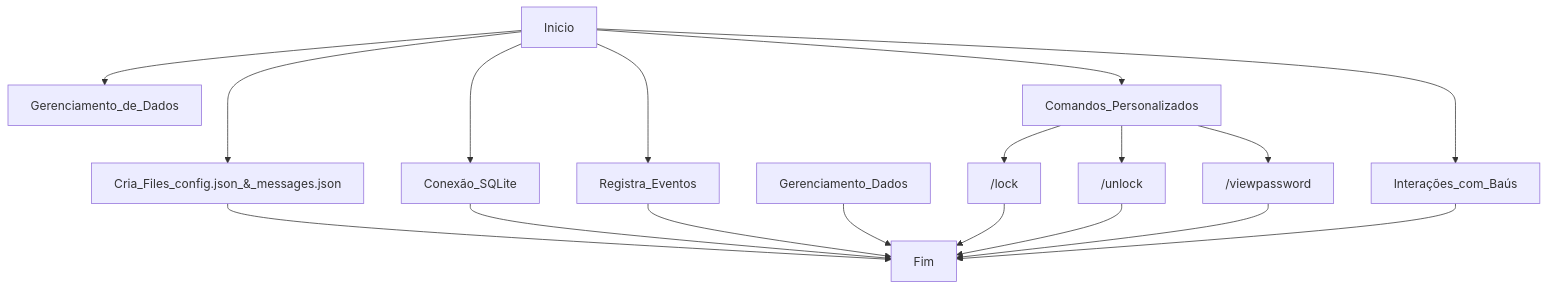
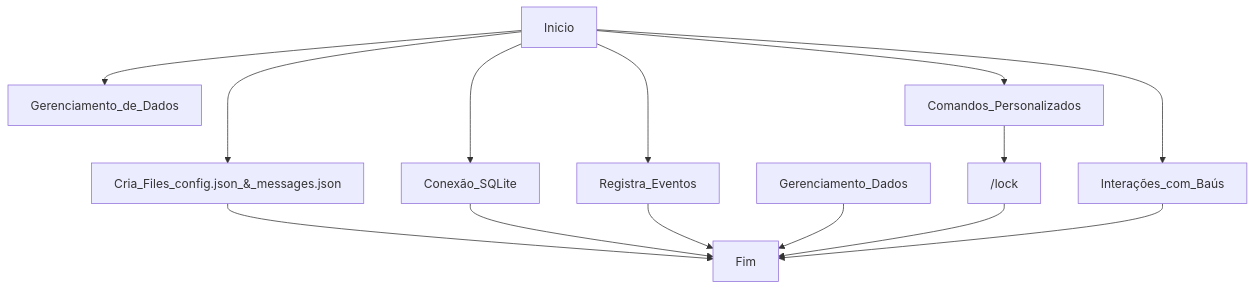
Before and after one commit to astral123457/blockdata: the diagram in README.md, drawn with Mermaid.

````diff
--- a/README.md
+++ b/README.md
@@ -18,23 +18,21 @@
 ```mermaid
 graph TD;
     Inicio-->Cria_Files_config.json_&_messages.json;
     Inicio-->Conexão_SQLite;
     Inicio-->Registra_Eventos;
     Inicio-->Gerenciamento_de_Dados;
 
     Inicio-->Comandos_Personalizados;
     Inicio-->Interações_com_Baús;
 
     Cria_Files_config.json_&_messages.json-->Fim;
     Conexão_SQLite-->Fim;
     Registra_Eventos-->Fim;
     Gerenciamento_Dados-->Fim;
 
     Comandos_Personalizados-->/lock;
-    Comandos_Personalizados-->/unlock;
-    Comandos_Personalizados-->/viewpassword;
+
     /lock-->Fim;
-    /unlock-->Fim;
-    /viewpassword-->Fim;
+
     Interações_com_Baús-->Fim;
 ```
````
